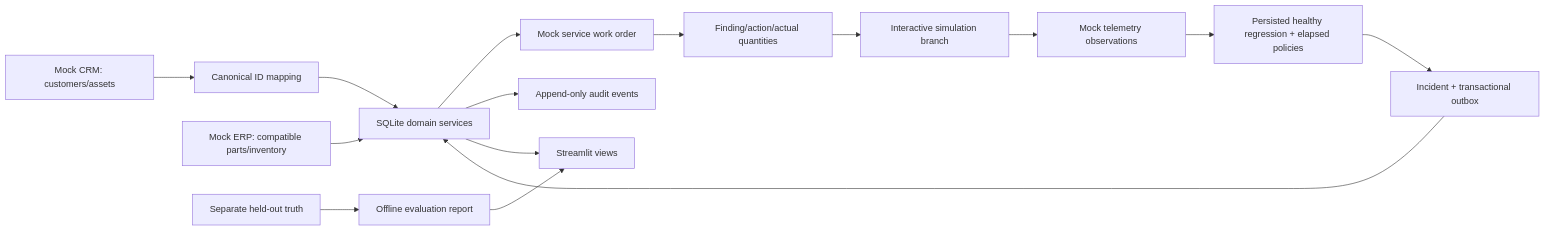
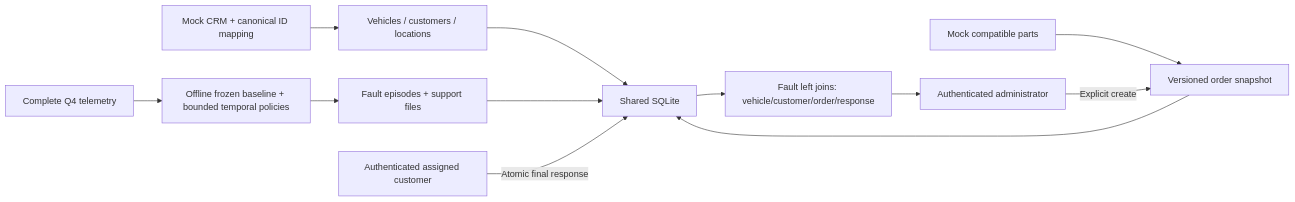
The diagram in docs/ARCHITECTURE.md (Enamul22/FleetCare-PredictiveMaintenance), drawn with Mermaid before and after one commit. The commit also changed other lines of this file and 124 other files, not shown here.

Commit message:
Simplify FleetCare into authenticated fault and work-order workflows

````diff
--- a/docs/ARCHITECTURE.md
+++ b/docs/ARCHITECTURE.md
@@ -6,17 +6,14 @@
 ```mermaid
 flowchart LR
-  CRM[Mock CRM: customers/assets] --> IDs[Canonical ID mapping]
-  ERP[Mock ERP: compatible parts/inventory] --> Service[SQLite domain services]
-  IDs --> Service
-  Telemetry[Mock telemetry observations] --> Detector[Persisted healthy regression + elapsed policies]
-  Detector --> Incident[Incident + transactional outbox]
-  Incident --> Service
-  Service --> Work[Mock service work order]
-  Work --> Feedback[Finding/action/actual quantities]
-  Feedback --> Branch[Interactive simulation branch]
-  Branch --> Telemetry
-  Service --> Audit[Append-only audit events]
-  Offline[Separate held-out truth] --> Report[Offline evaluation report]
-  Report --> UI[Streamlit views]
-  Service --> UI
+  CRM[Mock CRM + canonical ID mapping] --> Fleet[Vehicles / customers / locations]
+  ERP[Mock compatible parts] --> Snapshot[Versioned order snapshot]
+  Telemetry[Complete Q4 telemetry] --> Detector[Offline frozen baseline + bounded temporal policies]
+  Detector --> Episodes[Fault episodes + support files]
+  Fleet --> DB[Shared SQLite]
+  Episodes --> DB
+  Admin[Authenticated administrator] -->|Explicit create| Snapshot
+  Snapshot --> DB
+  Customer[Authenticated assigned customer] -->|Atomic final response| DB
+  DB --> Joined[Fault left joins: vehicle/customer/order/response]
+  Joined --> Admin
 ```
````
